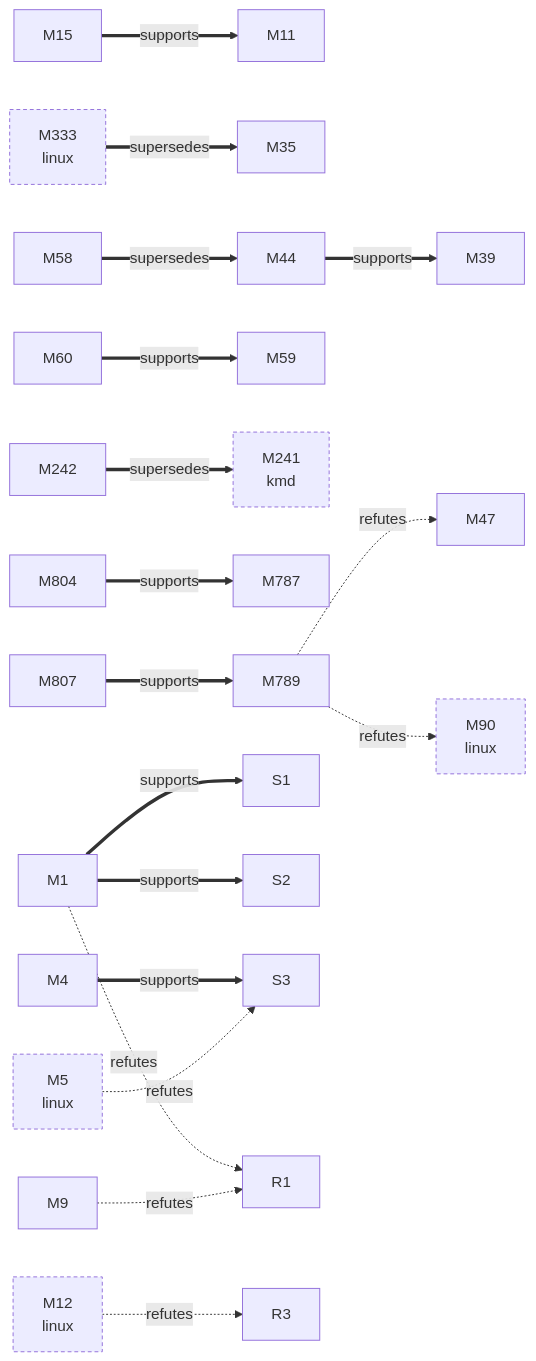
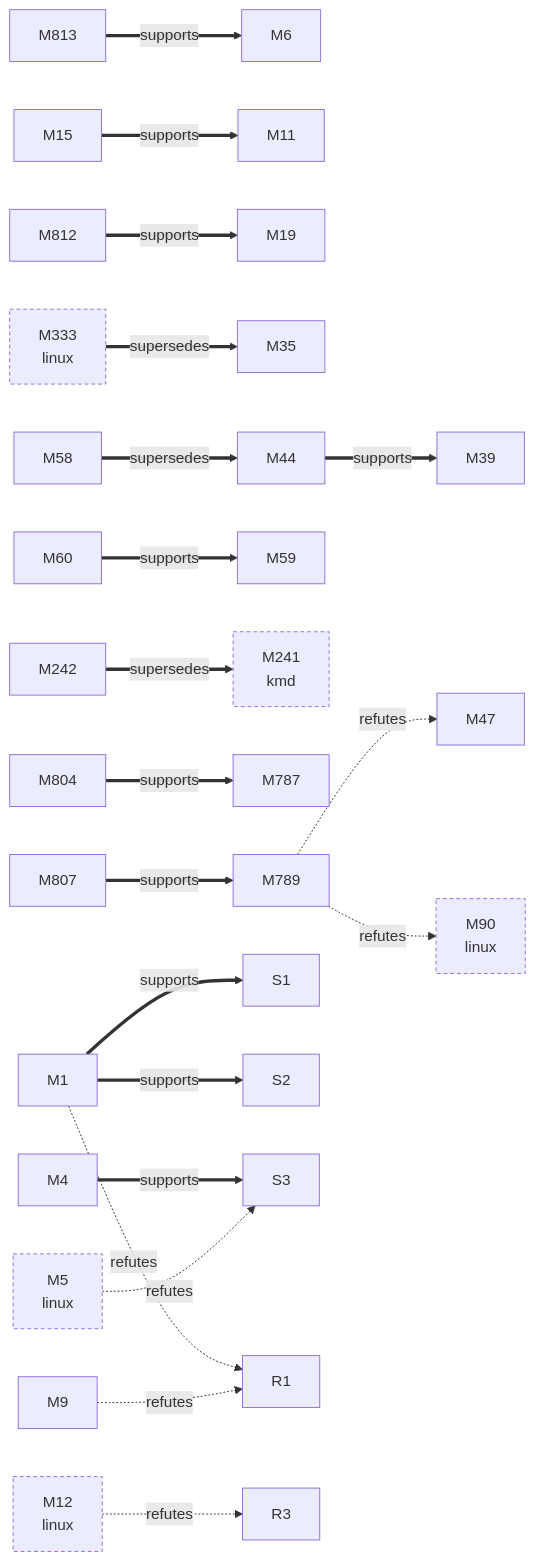
Before and after one commit to D-Ogi/amdgpu-wddm: the first of 3 diagrams in docs/facts/graphs/hardware.md, drawn with Mermaid. The commit also changed other lines of this file and 96 other files, not shown here.

````diff
--- a/docs/facts/graphs/hardware.md
+++ b/docs/facts/graphs/hardware.md
@@ -9,49 +9,55 @@
 ```mermaid
 flowchart LR
   M1["M1"]
   M4["M4"]
   M5["M5<br/>linux"]
+  M6["M6"]
   M9["M9"]
   M11["M11"]
   M12["M12<br/>linux"]
   M15["M15"]
+  M19["M19"]
   M35["M35"]
   M39["M39"]
   M44["M44"]
   M47["M47"]
   M58["M58"]
   M59["M59"]
   M60["M60"]
   M90["M90<br/>linux"]
   M241["M241<br/>kmd"]
   M242["M242"]
   M333["M333<br/>linux"]
   M787["M787"]
   M789["M789"]
   M804["M804"]
   M807["M807"]
+  M812["M812"]
+  M813["M813"]
   S1["S1"]
   S2["S2"]
   S3["S3"]
   R1["R1"]
   R3["R3"]
   M1 ==>|supports| S1
   M1 ==>|supports| S2
   M1 -.->|refutes| R1
   M4 ==>|supports| S3
   M9 -.->|refutes| R1
   M15 ==>|supports| M11
   M44 ==>|supports| M39
   M58 ==>|supersedes| M44
   M60 ==>|supports| M59
   M242 ==>|supersedes| M241
   M789 -.->|refutes| M47
   M789 -.->|refutes| M90
   M804 ==>|supports| M787
   M807 ==>|supports| M789
+  M812 ==>|supports| M19
+  M813 ==>|supports| M6
   M5 -.->|refutes| S3
   M12 -.->|refutes| R3
   M333 ==>|supersedes| M35
   classDef other stroke-dasharray:4 3
   class M5,M12,M90,M241,M333 other
 ```
````
